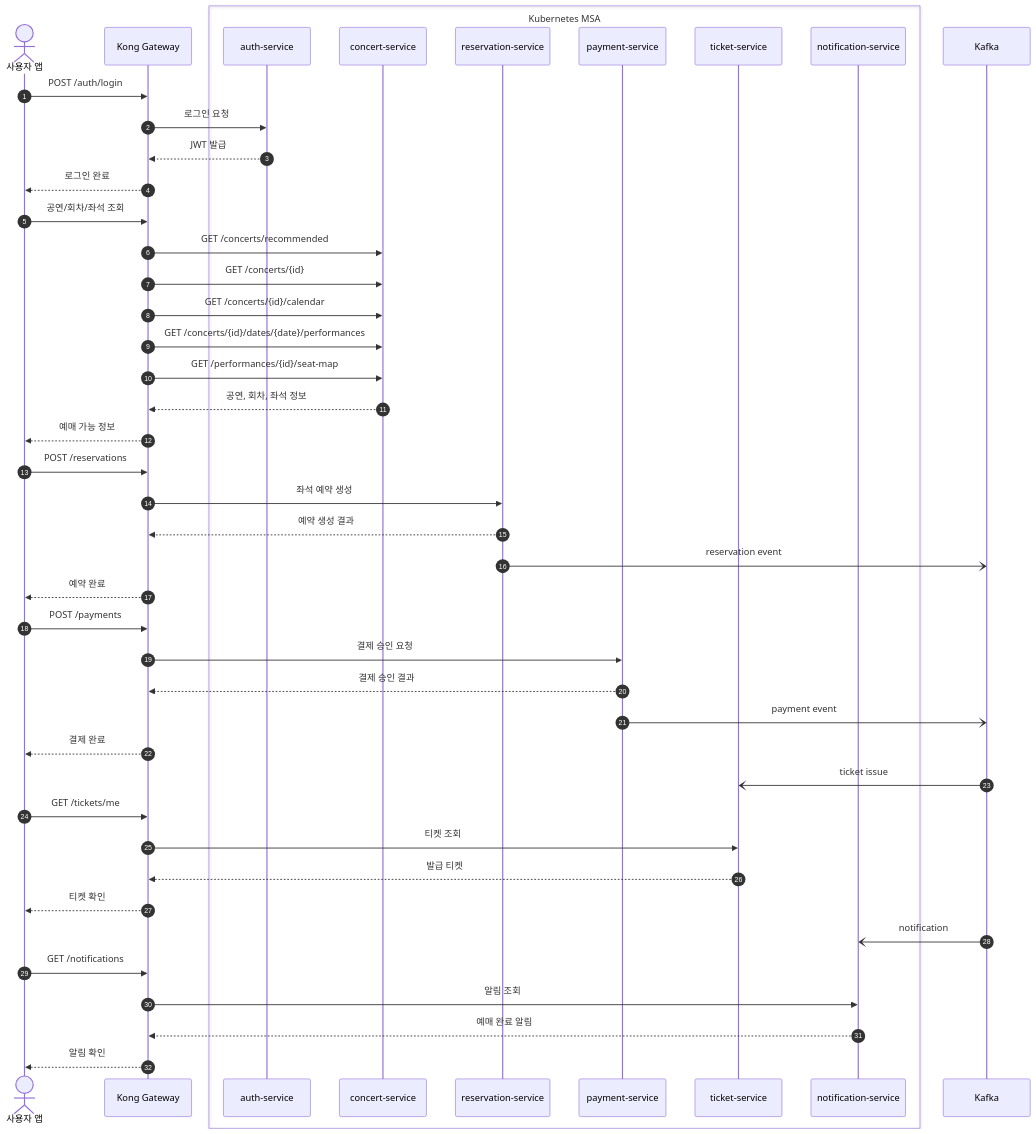
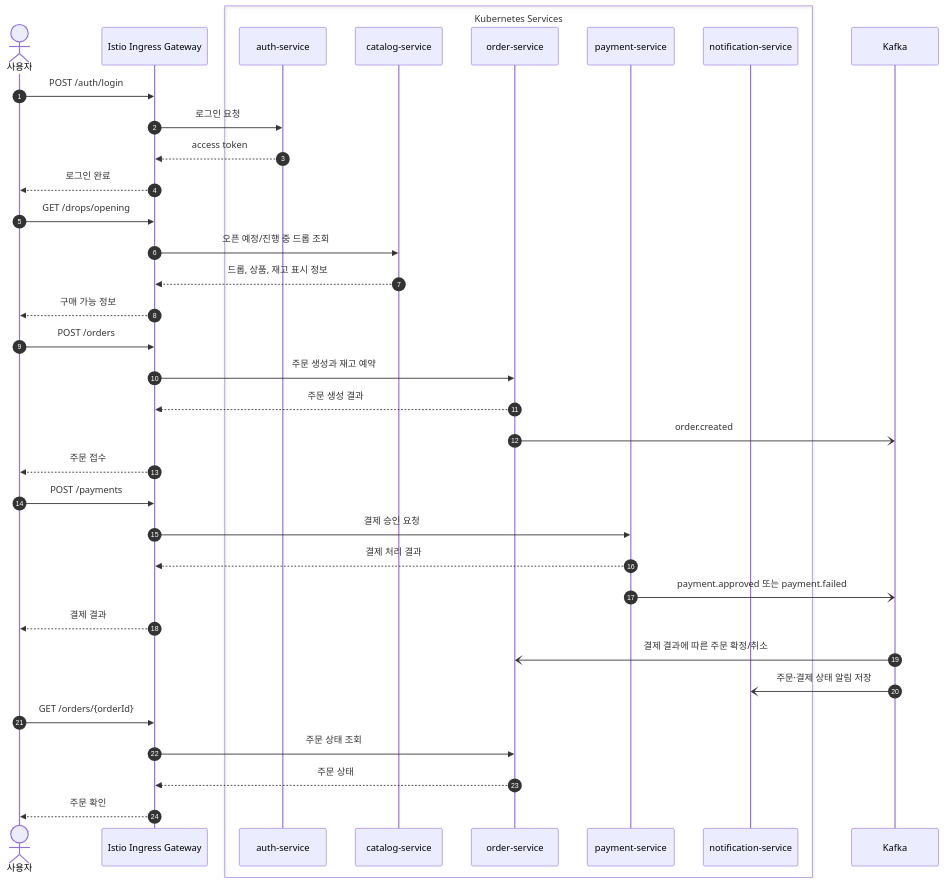
One commit to Medikong/workspaces changed the second of 2 diagrams in README.md. Above: the diagram before and after it, drawn with Mermaid. The commit also changed other lines of this file and 93 other files, not shown here.

````diff
--- a/README.md
+++ b/README.md
@@ -36,53 +103,44 @@
 ```mermaid
 sequenceDiagram
     autonumber
-    actor user as 사용자 앱
-    participant gateway as Kong Gateway
-    box Kubernetes MSA
+    actor user as 사용자
+    participant ingress as Istio Ingress Gateway
+    box Kubernetes Services
         participant auth as auth-service
-        participant concert as concert-service
-        participant reservation as reservation-service
+        participant catalog as catalog-service
+        participant order as order-service
         participant payment as payment-service
-        participant ticket as ticket-service
         participant notification as notification-service
     end
     participant kafka as Kafka
 
-    user->>gateway: POST /auth/login
-    gateway->>auth: 로그인 요청
-    auth-->>gateway: JWT 발급
-    gateway-->>user: 로그인 완료
+    user->>ingress: POST /auth/login
+    ingress->>auth: 로그인 요청
+    auth-->>ingress: access token
+    ingress-->>user: 로그인 완료
 
-    user->>gateway: 공연/회차/좌석 조회
-    gateway->>concert: GET /concerts/recommended
-    gateway->>concert: GET /concerts/{id}
-    gateway->>concert: GET /concerts/{id}/calendar
-    gateway->>concert: GET /concerts/{id}/dates/{date}/performances
-    gateway->>concert: GET /performances/{id}/seat-map
-    concert-->>gateway: 공연, 회차, 좌석 정보
-    gateway-->>user: 예매 가능 정보
+    user->>ingress: GET /drops/opening
+    ingress->>catalog: 오픈 예정/진행 중 드롭 조회
+    catalog-->>ingress: 드롭, 상품, 재고 표시 정보
+    ingress-->>user: 구매 가능 정보
 
-    user->>gateway: POST /reservations
-    gateway->>reservation: 좌석 예약 생성
-    reservation-->>gateway: 예약 생성 결과
-    reservation-)kafka: reservation event
-    gateway-->>user: 예약 완료
+    user->>ingress: POST /orders
+    ingress->>order: 주문 생성과 재고 예약
+    order-->>ingress: 주문 생성 결과
+    order-)kafka: order.created
+    ingress-->>user: 주문 접수
 
-    user->>gateway: POST /payments
-    gateway->>payment: 결제 승인 요청
-    payment-->>gateway: 결제 승인 결과
-    payment-)kafka: payment event
-    gateway-->>user: 결제 완료
+    user->>ingress: POST /payments
+    ingress->>payment: 결제 승인 요청
+    payment-->>ingress: 결제 처리 결과
+    payment-)kafka: payment.approved 또는 payment.failed
+    ingress-->>user: 결제 결과
 
-    kafka-)ticket: ticket issue
-    user->>gateway: GET /tickets/me
-    gateway->>ticket: 티켓 조회
-    ticket-->>gateway: 발급 티켓
-    gateway-->>user: 티켓 확인
+    kafka-)order: 결제 결과에 따른 주문 확정/취소
+    kafka-)notification: 주문·결제 상태 알림 저장
 
-    kafka-)notification: notification
-    user->>gateway: GET /notifications
-    gateway->>notification: 알림 조회
-    notification-->>gateway: 예매 완료 알림
-    gateway-->>user: 알림 확인
+    user->>ingress: GET /orders/{orderId}
+    ingress->>order: 주문 상태 조회
+    order-->>ingress: 주문 상태
+    ingress-->>user: 주문 확인
 ```
````
